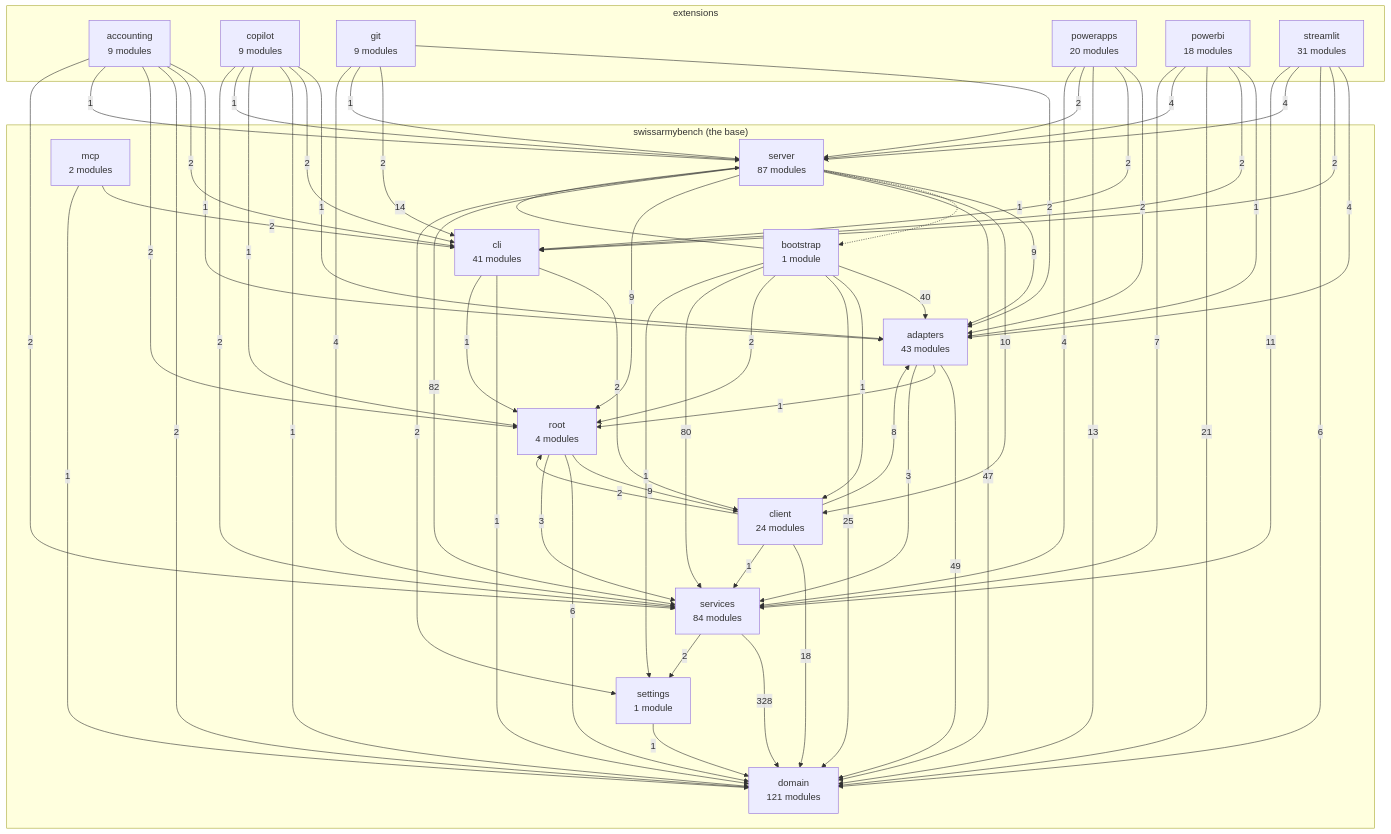
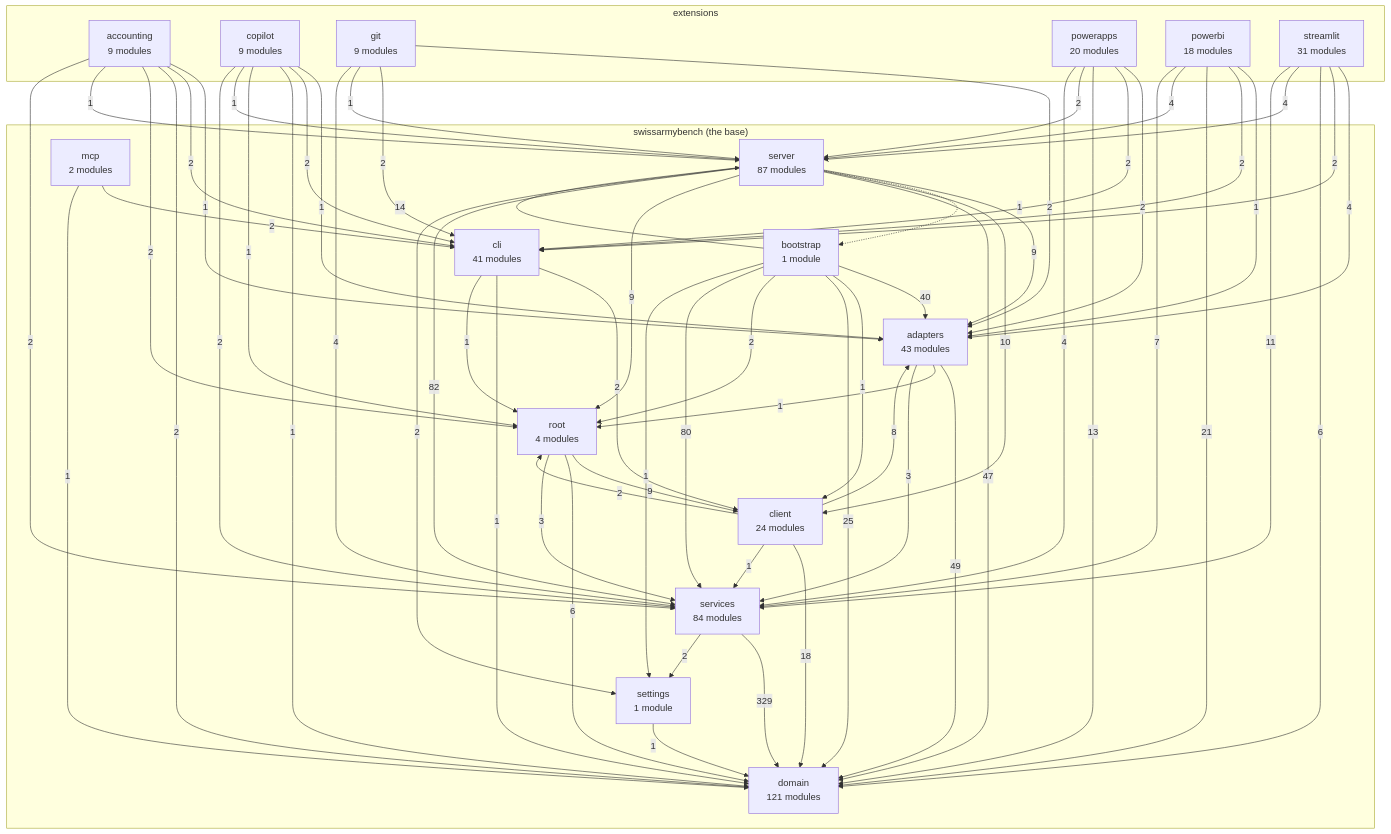
One commit to DylanCodyBrown/SwissArmyBench changed the diagram in docs/architecture-map.md. Above: the diagram before and after it, drawn with Mermaid. The commit also changed other lines of this file and 5 other files, not shown here.

````diff
--- a/docs/architecture-map.md
+++ b/docs/architecture-map.md
@@ -96,7 +96,7 @@
     server -->|9| root
     server -->|82| services
     server -->|2| settings
-    services -->|328| domain
+    services -->|329| domain
     services -->|2| settings
     settings -->|1| domain
 ```
````
